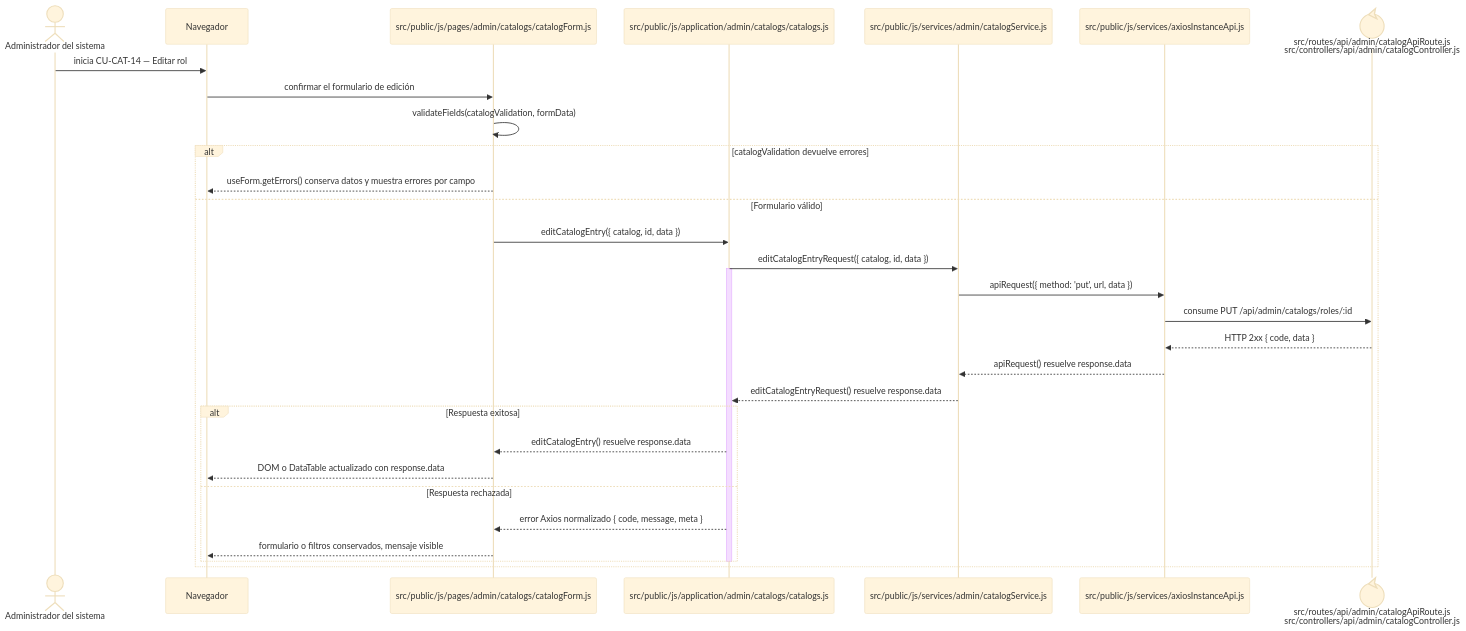
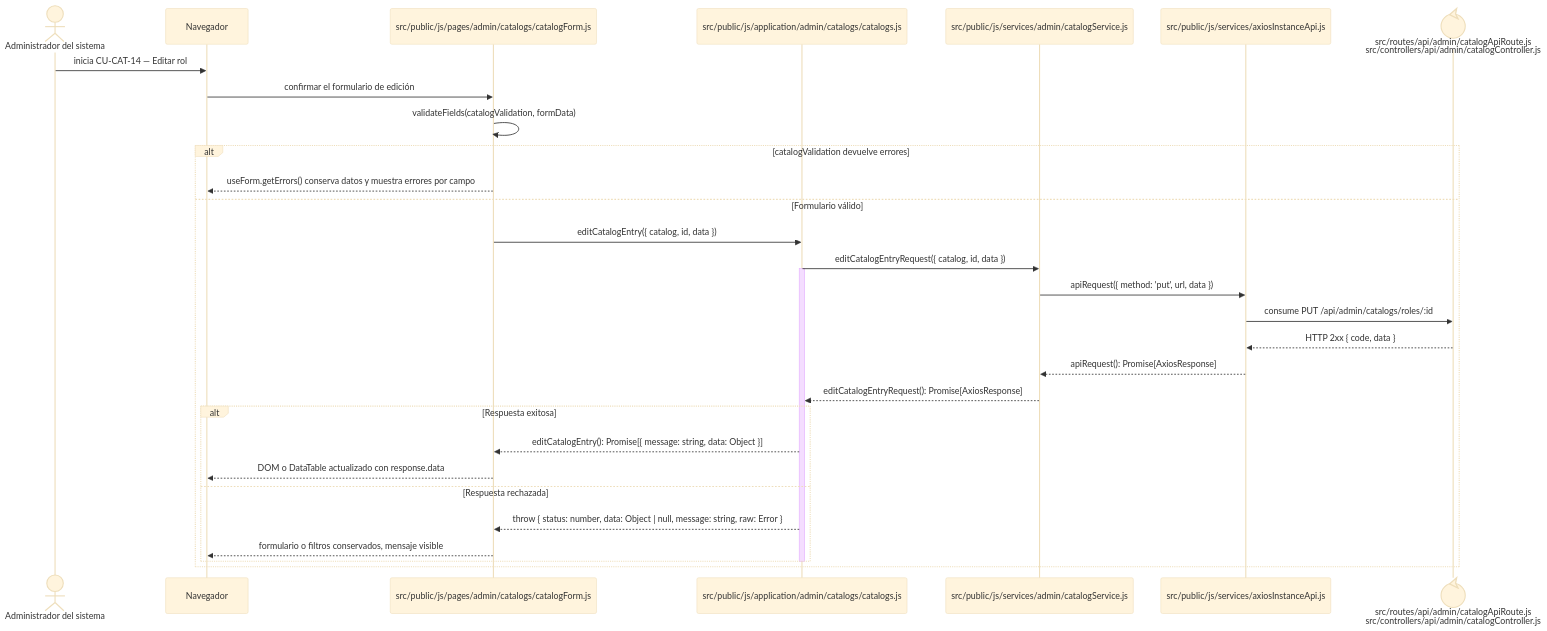
Before and after one commit to gpgsistemas01/nexus: the diagram in docs/architecture/frontend-code-sequences/catalogs/cu-cat-14.md, drawn with Mermaid (base theme). The commit also changed 146 other files, not shown here.

````diff
--- a/docs/architecture/frontend-code-sequences/catalogs/cu-cat-14.md
+++ b/docs/architecture/frontend-code-sequences/catalogs/cu-cat-14.md
@@ -6,34 +6,34 @@
 ```mermaid
 sequenceDiagram
     actor Initiator as Administrador del sistema
     participant Browser as Navegador
     participant View as src/public/js/pages/admin/catalogs/catalogForm.js
     participant Application as src/public/js/application/admin/catalogs/catalogs.js
     participant Request as src/public/js/services/admin/catalogService.js
     participant HTTP as src/public/js/services/axiosInstanceApi.js
     participant Transport@{ "type": "control" } as src/routes/api/admin/catalogApiRoute.js<br/>src/controllers/api/admin/catalogController.js
 
     Initiator->>Browser: inicia CU-CAT-14 — Editar rol
     Browser->>View: confirmar el formulario de edición
     View->>View: validateFields(catalogValidation, formData)
     alt catalogValidation devuelve errores
         View-->>Browser: useForm.getErrors() conserva datos y muestra errores por campo
     else Formulario válido
         View->>Application: editCatalogEntry({ catalog, id, data })
         Application->>Request: editCatalogEntryRequest({ catalog, id, data })
         activate Application
         Request->>HTTP: apiRequest({ method: 'put', url, data })
         HTTP->>Transport: consume PUT /api/admin/catalogs/roles/:id
         Transport-->>HTTP: HTTP 2xx { code, data }
-        HTTP-->>Request: apiRequest() resuelve response.data
-        Request-->>Application: editCatalogEntryRequest() resuelve response.data
+        HTTP-->>Request: apiRequest(): Promise[AxiosResponse]
+        Request-->>Application: editCatalogEntryRequest(): Promise[AxiosResponse]
         alt Respuesta exitosa
-            Application-->>View: editCatalogEntry() resuelve response.data
+            Application-->>View: editCatalogEntry(): Promise[{ message: string, data: Object }]
             View-->>Browser: DOM o DataTable actualizado con response.data
         else Respuesta rechazada
-            Application-->>View: error Axios normalizado { code, message, meta }
+            Application-->>View: throw { status: number, data: Object | null, message: string, raw: Error }
             View-->>Browser: formulario o filtros conservados, mensaje visible
         end
         deactivate Application
     end
 ```
````
